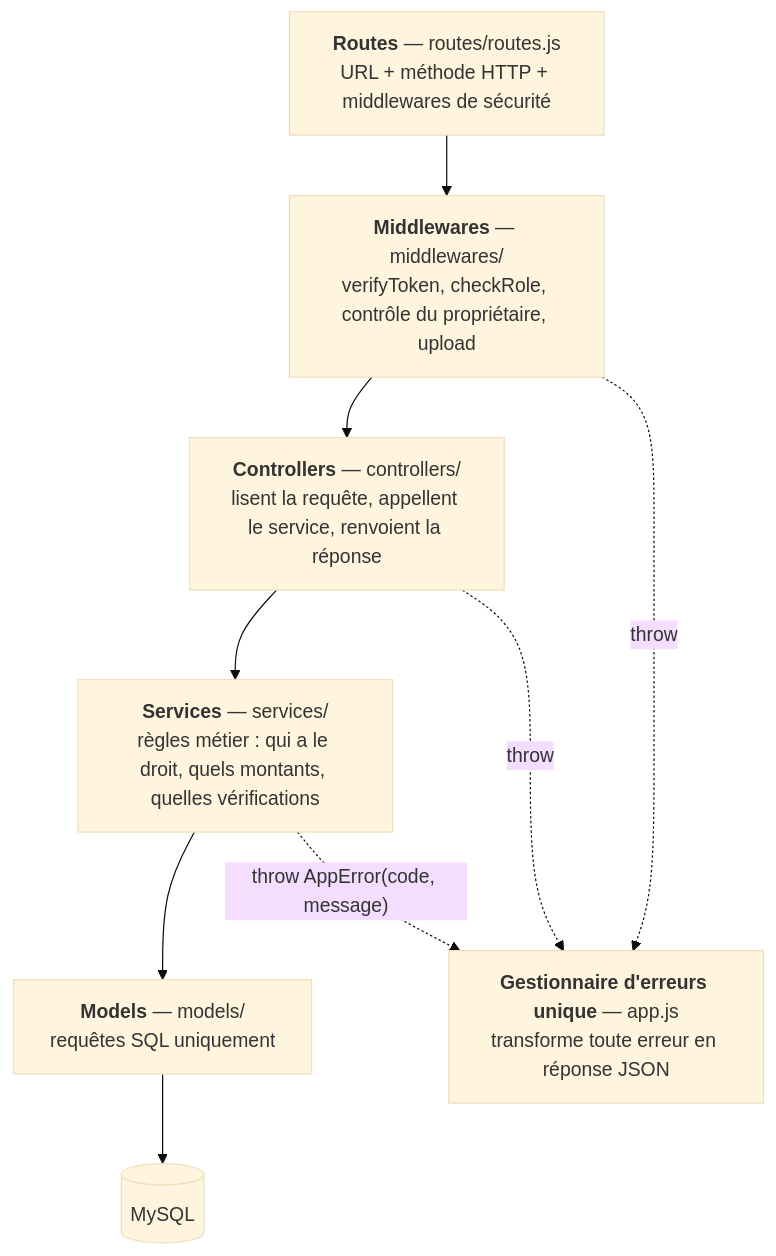
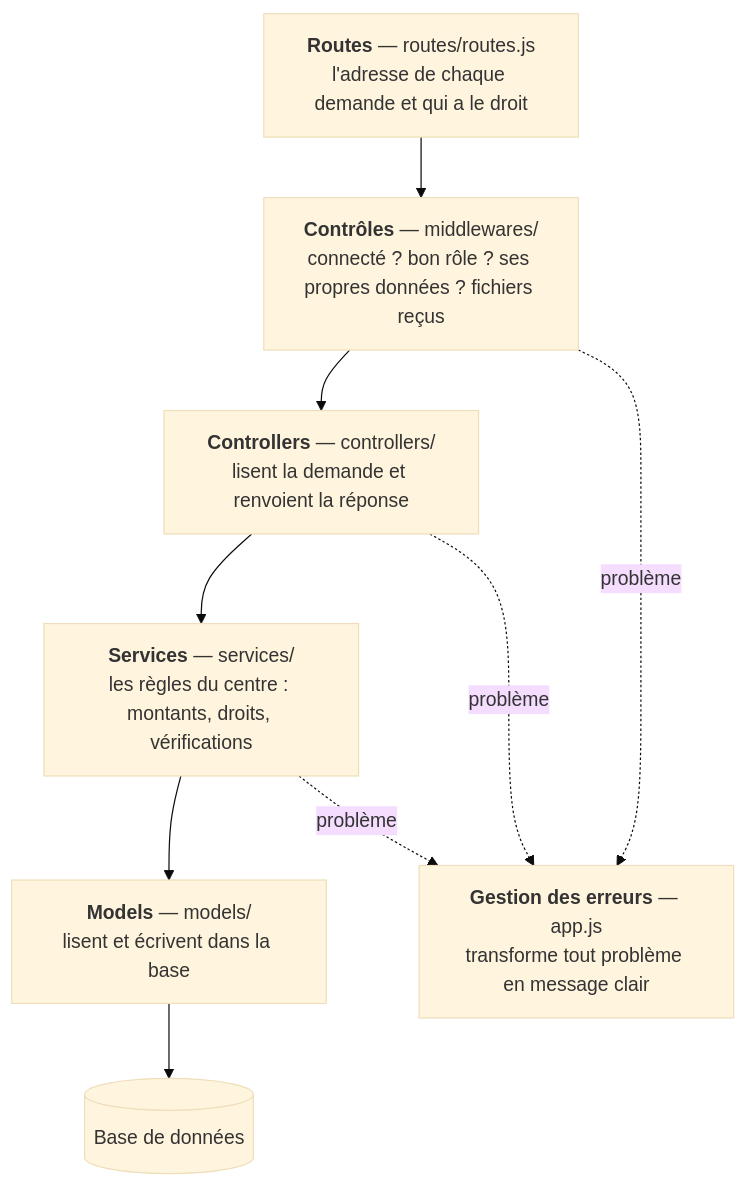
One commit to eliaTolojanahary/gestionFormation_stage changed the fourth of 23 diagrams in FLUX-APPLICATION.md. Above: the diagram before and after it, drawn with Mermaid (base theme). The commit also changed other lines of this file and 69 other files, not shown here.

````diff
--- a/FLUX-APPLICATION.md
+++ b/FLUX-APPLICATION.md
@@ -137,15 +646,15 @@
 ```mermaid
 flowchart TB
-    R["<b>Routes</b> — routes/routes.js<br/>URL + méthode HTTP + middlewares de sécurité"]
-    MW["<b>Middlewares</b> — middlewares/<br/>verifyToken, checkRole, contrôle du propriétaire, upload"]
-    C["<b>Controllers</b> — controllers/<br/>lisent la requête, appellent le service, renvoient la réponse"]
-    S["<b>Services</b> — services/<br/>règles métier : qui a le droit, quels montants, quelles vérifications"]
-    MO["<b>Models</b> — models/<br/>requêtes SQL uniquement"]
-    DB[("MySQL")]
-    EH["<b>Gestionnaire d'erreurs unique</b> — app.js<br/>transforme toute erreur en réponse JSON"]
+    R["<b>Routes</b> — routes/routes.js<br/>l'adresse de chaque demande et qui a le droit"]
+    MW["<b>Contrôles</b> — middlewares/<br/>connecté ? bon rôle ? ses propres données ? fichiers reçus"]
+    C["<b>Controllers</b> — controllers/<br/>lisent la demande et renvoient la réponse"]
+    S["<b>Services</b> — services/<br/>les règles du centre : montants, droits, vérifications"]
+    MO["<b>Models</b> — models/<br/>lisent et écrivent dans la base"]
+    DB[("Base de données")]
+    EH["<b>Gestion des erreurs</b> — app.js<br/>transforme tout problème en message clair"]
 
     R --> MW --> C --> S --> MO --> DB
-    C -. "throw" .-> EH
-    S -. "throw AppError(code, message)" .-> EH
-    MW -. "throw" .-> EH
+    C -. "problème" .-> EH
+    S -. "problème" .-> EH
+    MW -. "problème" .-> EH
 ```
````
